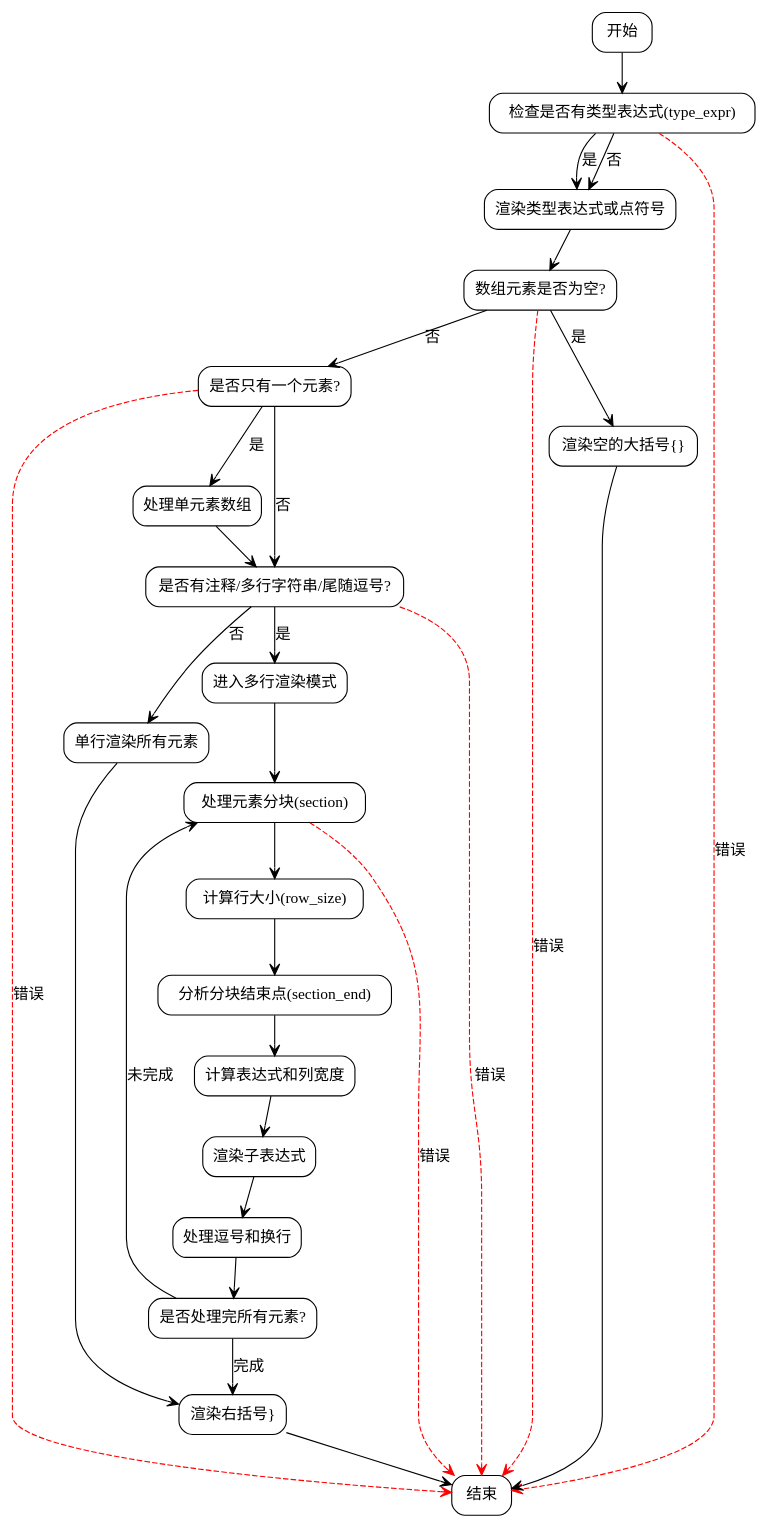
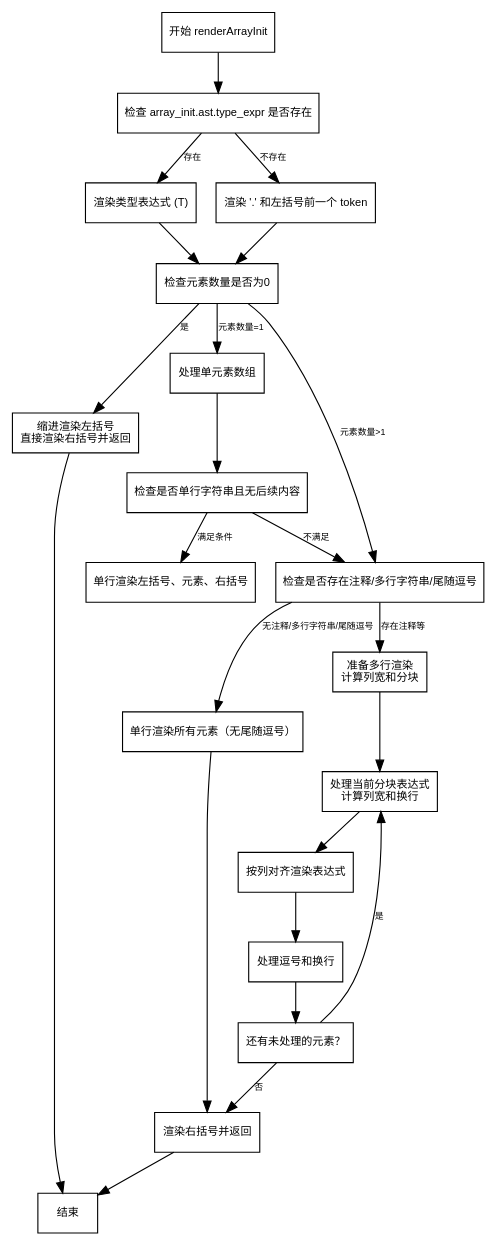
Before and after one commit to sdzx-1/deepseek-zig-reader: the diagram in dot_std/zig/render.zig.renderArrayInit.md, drawn with Graphviz. The commit also changed other lines of this file and 236 other files, not shown here.

````diff
--- a/dot_std/zig/render.zig.renderArrayInit.md
+++ b/dot_std/zig/render.zig.renderArrayInit.md
@@ -42,65 +28,54 @@
 ```dot
 digraph RenderArrayInitFlow {
-    rankdir=TB;
-    node [shape=rectangle, style="rounded"];
-    edge [arrowhead=vee];
+    node [shape=rectangle, fontname="Arial", fontsize=10];
+    edge [fontname="Arial", fontsize=8];
 
-    start [label="开始"];
-    check_type_expr [label="检查是否有类型表达式(type_expr)"];
-    render_type_or_dot [label="渲染类型表达式或点符号"];
-    check_empty_array [label="数组元素是否为空?"];
-    render_empty_braces [label="渲染空的大括号{}"];
-    check_single_element [label="是否只有一个元素?"];
+    start [label="开始 renderArrayInit"];
+    check_type_expr [label="检查 array_init.ast.type_expr 是否存在"];
+    render_type_expr [label="渲染类型表达式 (T)"];
+    render_dot_lbrace [label="渲染 '.' 和左括号前一个 token"];
+    check_empty_elements [label="检查元素数量是否为0"];
+    handle_empty_array [label="缩进渲染左括号\n直接渲染右括号并返回"];
     handle_single_element [label="处理单元素数组"];
-    check_trailing_comment [label="是否有注释/多行字符串/尾随逗号?"];
-    single_line_render [label="单行渲染所有元素"];
-    multi_line_setup [label="进入多行渲染模式"];
-    process_sections [label="处理元素分块(section)"];
-    calculate_row_size [label="计算行大小(row_size)"];
-    analyze_section [label="分析分块结束点(section_end)"];
-    calculate_widths [label="计算表达式和列宽度"];
-    render_sub_exprs [label="渲染子表达式"];
-    handle_commas_newlines [label="处理逗号和换行"];
-    check_expr_index [label="是否处理完所有元素?"];
-    render_rbrace [label="渲染右括号}"];
+    check_special_single_element [label="检查是否单行字符串且无后续内容"];
+    render_single_line_single_element [label="单行渲染左括号、元素、右括号"];
+    check_trailing_comments [label="检查是否存在注释/多行字符串/尾随逗号"];
+    render_single_line [label="单行渲染所有元素（无尾随逗号）"];
+    prepare_multi_line [label="准备多行渲染\n计算列宽和分块"];
+    process_section [label="处理当前分块表达式\n计算列宽和换行"];
+    render_elements_columns [label="按列对齐渲染表达式"];
+    handle_comma_newline [label="处理逗号和换行"];
+    loop_condition [label="还有未处理的元素？"];
+    render_rbrace [label="渲染右括号并返回"];
     end [label="结束"];
 
     start -> check_type_expr;
-    check_type_expr -> render_type_or_dot [label="是"];
-    check_type_expr -> render_type_or_dot [label="否"];
-    render_type_or_dot -> check_empty_array;
+    check_type_expr -> render_type_expr [label="存在"];
+    check_type_expr -> render_dot_lbrace [label="不存在"];
+    render_type_expr -> check_empty_elements;
+    render_dot_lbrace -> check_empty_elements;
 
-    check_empty_array -> render_empty_braces [label="是"];
-    render_empty_braces -> end;
+    check_empty_elements -> handle_empty_array [label="是"];
+    check_empty_elements -> handle_single_element [label="元素数量=1"];
+    check_empty_elements -> check_trailing_comments [label="元素数量>1"];
 
-    check_empty_array -> check_single_element [label="否"];
-    check_single_element -> handle_single_element [label="是"];
-    handle_single_element -> check_trailing_comment;
+    handle_empty_array -> end;
 
-    check_single_element -> check_trailing_comment [label="否"];
-    check_trailing_comment -> single_line_render [label="否"];
-    check_trailing_comment -> multi_line_setup [label="是"];
+    handle_single_element -> check_special_single_element;
+    check_special_single_element -> render_single_line_single_element [label="满足条件"];
+    check_special_single_element -> check_trailing_comments [label="不满足"];
 
-    single_line_render -> render_rbrace;
+    check_trailing_comments -> render_single_line [label="无注释/多行字符串/尾随逗号"];
+    check_trailing_comments -> prepare_multi_line [label="存在注释等"];
 
-    multi_line_setup -> process_sections;
-    process_sections -> calculate_row_size;
-    calculate_row_size -> analyze_section;
-    analyze_section -> calculate_widths;
-    calculate_widths -> render_sub_exprs;
-    render_sub_exprs -> handle_commas_newlines;
-    handle_commas_newlines -> check_expr_index;
-
-    check_expr_index -> process_sections [label="未完成"];
-    check_expr_index -> render_rbrace [label="完成"];
+    render_single_line -> render_rbrace;
+    prepare_multi_line -> process_section;
+    process_section -> render_elements_columns;
+    render_elements_columns -> handle_comma_newline;
+    handle_comma_newline -> loop_condition;
+    loop_condition -> process_section [label="是"];
+    loop_condition -> render_rbrace [label="否"];
 
     render_rbrace -> end;
-    
-    // 异常处理连接
-    check_type_expr -> end [label="错误" style=dashed color=red];
-    check_empty_array -> end [label="错误" style=dashed color=red];
-    check_single_element -> end [label="错误" style=dashed color=red];
-    check_trailing_comment -> end [label="错误" style=dashed color=red];
-    process_sections -> end [label="错误" style=dashed color=red];
 }
 ```
````
